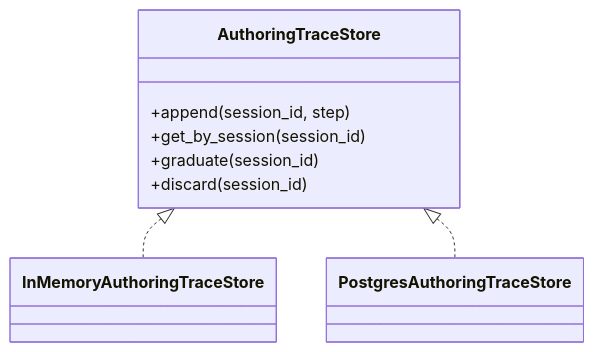
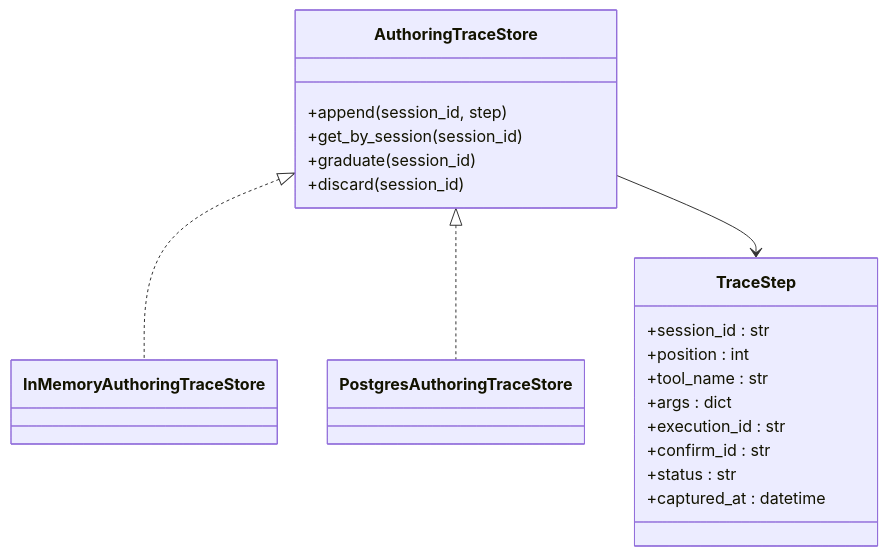
Before and after one commit to metasync/luban-aiops: the third of 9 diagrams in .qoder/repowiki/en/content/Architecture Documentation/SPEC-055_ Develop-as-You-Go Skill Graduation.md, drawn with Mermaid. The commit also changed other lines of this file and 9 other files, not shown here.

````diff
--- a/.qoder/repowiki/en/content/Architecture Documentation/SPEC-055_ Develop-as-You-Go Skill Graduation.md
+++ b/.qoder/repowiki/en/content/Architecture Documentation/SPEC-055_ Develop-as-You-Go Skill Graduation.md
@@ -154,13 +168,24 @@
 ```mermaid
 classDiagram
 class AuthoringTraceStore {
 +append(session_id, step)
 +get_by_session(session_id)
 +graduate(session_id)
 +discard(session_id)
 }
 class InMemoryAuthoringTraceStore
 class PostgresAuthoringTraceStore
+class TraceStep {
++session_id : str
++position : int
++tool_name : str
++args : dict
++execution_id : str
++confirm_id : str
++status : str
++captured_at : datetime
+}
 AuthoringTraceStore <|.. InMemoryAuthoringTraceStore
 AuthoringTraceStore <|.. PostgresAuthoringTraceStore
+AuthoringTraceStore --> TraceStep
 ```
````
